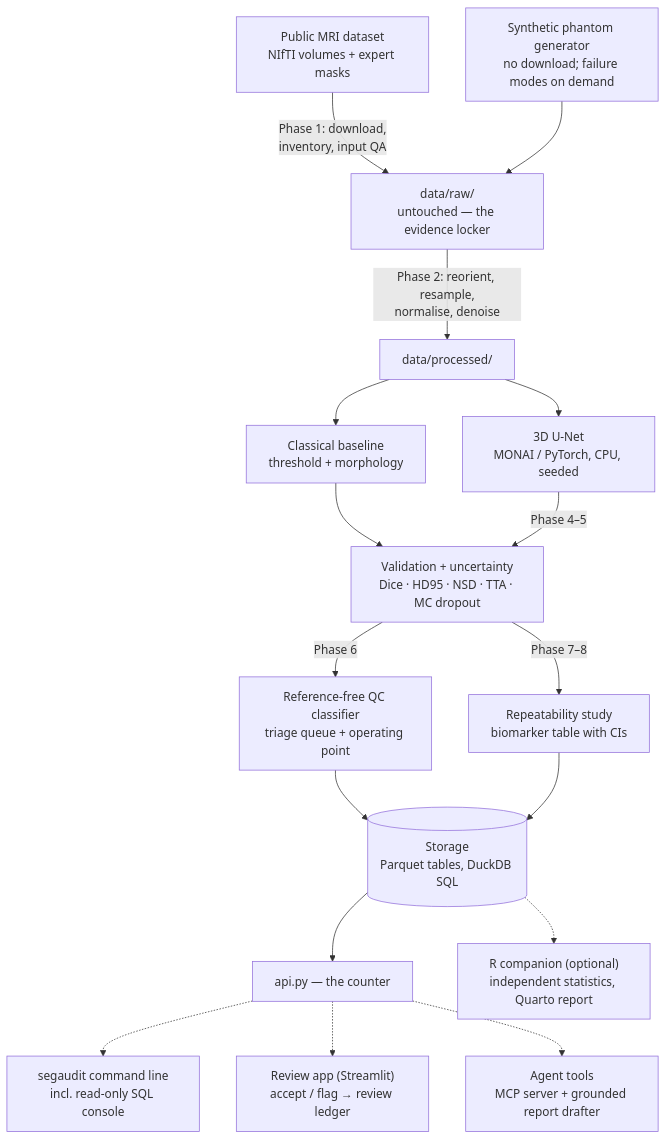
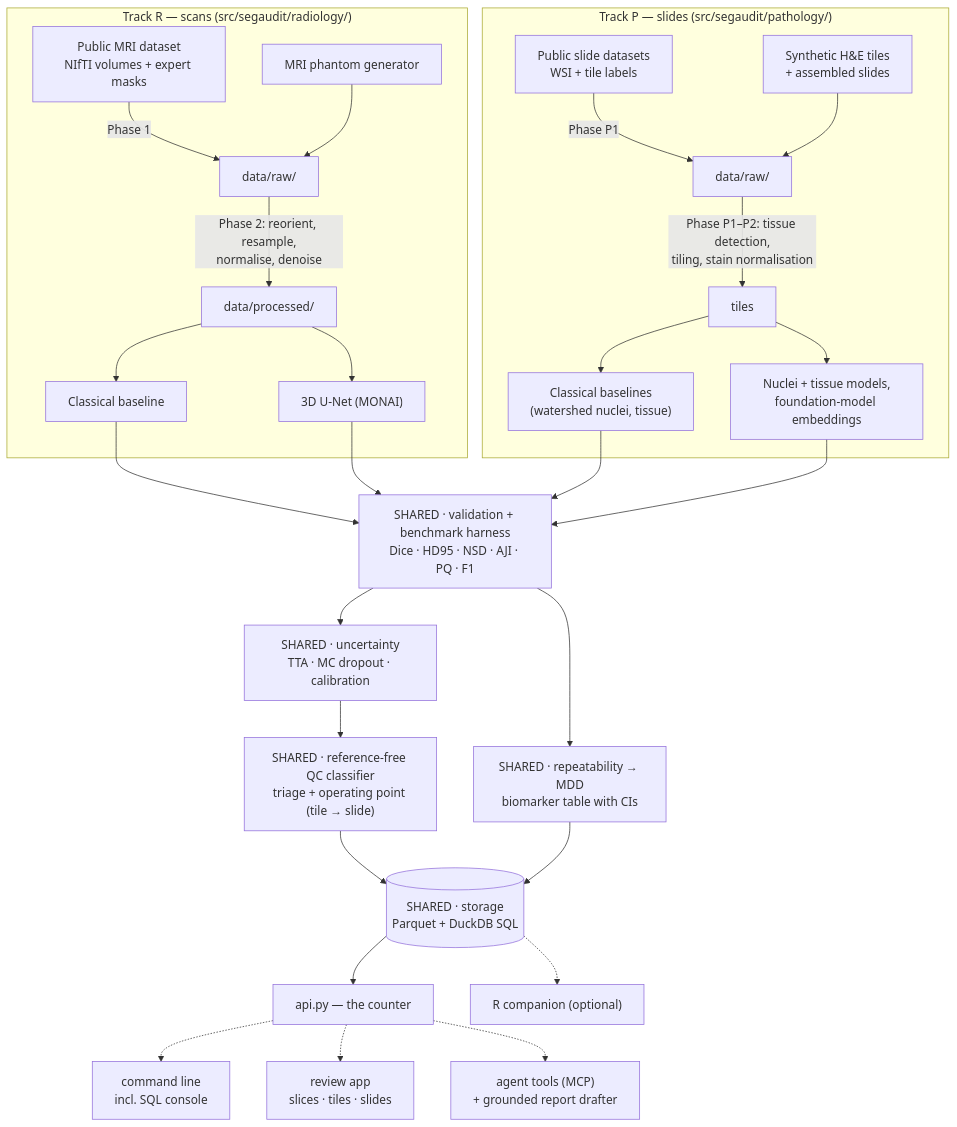
Before and after one commit to akannan2987/segaudit: the second of 3 diagrams in docs/02-architecture.md, drawn with Mermaid. The commit also changed other lines of this file and 17 other files, not shown here.

Commit message:
phase 0P: two-track foundation - documentation, glossary-15, roadmaps, tutorial; v0.2.0-alpha.1

````diff
--- a/docs/02-architecture.md
+++ b/docs/02-architecture.md
@@ -71,19 +113,28 @@
 ```mermaid
 flowchart TD
-    A["Public MRI dataset<br/>NIfTI volumes + expert masks"] -->|Phase 1: download,<br/>inventory, input QA| B["data/raw/<br/>untouched — the evidence locker"]
-    S["Synthetic phantom generator<br/>no download; failure modes on demand"] --> B
-    B -->|Phase 2: reorient, resample,<br/>normalise, denoise| C["data/processed/"]
-    C --> D["Classical baseline<br/>threshold + morphology"]
-    C --> E["3D U-Net<br/>MONAI / PyTorch, CPU, seeded"]
-    D --> F
-    E -->|Phase 4–5| F["Validation + uncertainty<br/>Dice · HD95 · NSD · TTA · MC dropout"]
-    F -->|Phase 6| G["Reference-free QC classifier<br/>triage queue + operating point"]
-    F -->|Phase 7–8| H["Repeatability study<br/>biomarker table with CIs"]
-    G --> ST[("Storage<br/>Parquet tables, DuckDB SQL")]
+    subgraph R["Track R — scans (src/segaudit/radiology/)"]
+        A1["Public MRI dataset<br/>NIfTI volumes + expert masks"] -->|Phase 1| B1["data/raw/"]
+        S1["MRI phantom generator"] --> B1
+        B1 -->|Phase 2: reorient, resample,<br/>normalise, denoise| C1["data/processed/"]
+        C1 --> D1["Classical baseline"]
+        C1 --> E1["3D U-Net (MONAI)"]
+    end
+    subgraph P["Track P — slides (src/segaudit/pathology/)"]
+        A2["Public slide datasets<br/>WSI + tile labels"] -->|Phase P1| B2["data/raw/"]
+        S2["Synthetic H&E tiles<br/>+ assembled slides"] --> B2
+        B2 -->|Phase P1–P2: tissue detection,<br/>tiling, stain normalisation| C2["tiles"]
+        C2 --> D2["Classical baselines<br/>(watershed nuclei, tissue)"]
+        C2 --> E2["Nuclei + tissue models,<br/>foundation-model embeddings"]
+    end
+    D1 & E1 & D2 & E2 --> F["SHARED · validation + benchmark harness<br/>Dice · HD95 · NSD · AJI · PQ · F1"]
+    F --> U["SHARED · uncertainty<br/>TTA · MC dropout · calibration"]
+    U --> G["SHARED · reference-free QC classifier<br/>triage + operating point (tile → slide)"]
+    F --> H["SHARED · repeatability → MDD<br/>biomarker table with CIs"]
+    G --> ST[("SHARED · storage<br/>Parquet + DuckDB SQL")]
     H --> ST
     ST --> API["api.py — the counter"]
-    API -.-> CLI["segaudit command line<br/>incl. read-only SQL console"]
-    API -.-> APP["Review app (Streamlit)<br/>accept / flag → review ledger"]
-    API -.-> MCP["Agent tools<br/>MCP server + grounded report drafter"]
-    ST -.-> R["R companion (optional)<br/>independent statistics, Quarto report"]
+    API -.-> CLI["command line<br/>incl. SQL console"]
+    API -.-> APP["review app<br/>slices · tiles · slides"]
+    API -.-> MCP["agent tools (MCP)<br/>+ grounded report drafter"]
+    ST -.-> RC["R companion (optional)"]
 ```
````
